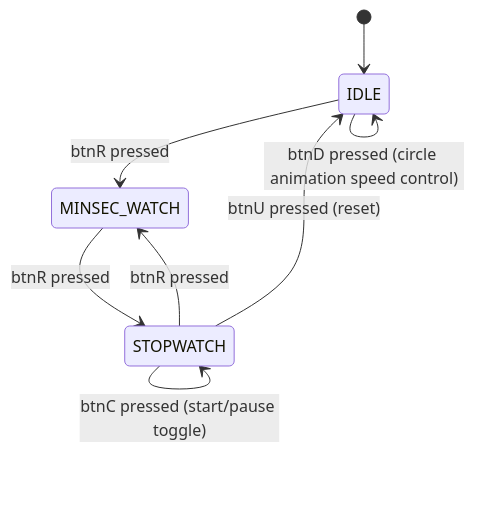
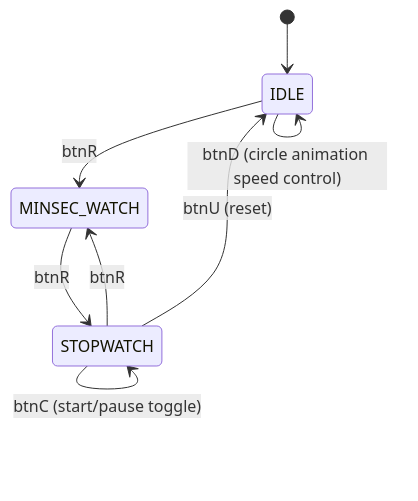
The fifth of 5 diagrams in 15.BESPOKE/README.md (SE0NGH0/AI_Verilog_HDL), drawn with Mermaid before and after one commit.

````diff
--- a/15.BESPOKE/README.md
+++ b/15.BESPOKE/README.md
@@ -126,10 +126,10 @@
 ```mermaid
 stateDiagram-v2
     [*] --> IDLE
-    IDLE --> IDLE: btnD pressed (circle animation speed control)
-    IDLE --> MINSEC_WATCH: btnR pressed
-    MINSEC_WATCH --> STOPWATCH: btnR pressed
-    STOPWATCH --> MINSEC_WATCH: btnR pressed
-    STOPWATCH --> STOPWATCH: btnC pressed (start/pause toggle)
-    STOPWATCH --> IDLE: btnU pressed (reset)
+    IDLE --> IDLE: btnD (circle animation speed control)
+    IDLE --> MINSEC_WATCH: btnR
+    MINSEC_WATCH --> STOPWATCH: btnR
+    STOPWATCH --> MINSEC_WATCH: btnR
+    STOPWATCH --> STOPWATCH: btnC (start/pause toggle)
+    STOPWATCH --> IDLE: btnU (reset)
 ```
````
